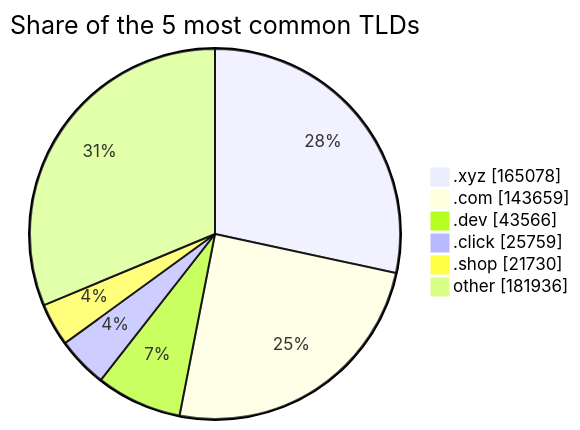
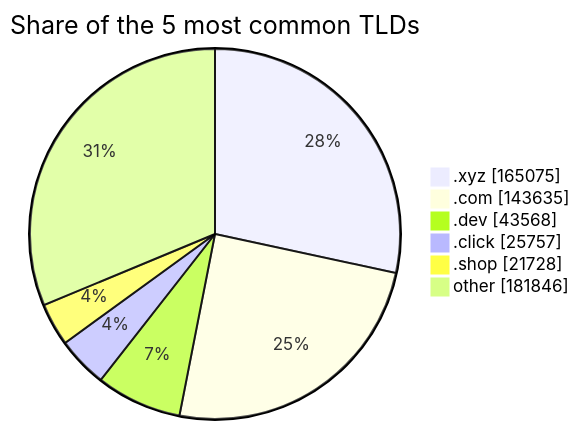
Before and after one commit to DNSBunker/CTI: the third of 3 diagrams in README.md, drawn with Mermaid. The commit also changed other lines of this file and 3 other files, not shown here.

````diff
--- a/README.md
+++ b/README.md
@@ -81,9 +81,9 @@
 ```mermaid
 pie showData title Share of the 5 most common TLDs
-    ".xyz" : 165078
-    ".com" : 143659
-    ".dev" : 43566
-    ".click" : 25759
-    ".shop" : 21730
-    "other" : 181936
+    ".xyz" : 165075
+    ".com" : 143635
+    ".dev" : 43568
+    ".click" : 25757
+    ".shop" : 21728
+    "other" : 181846
 ```
````
